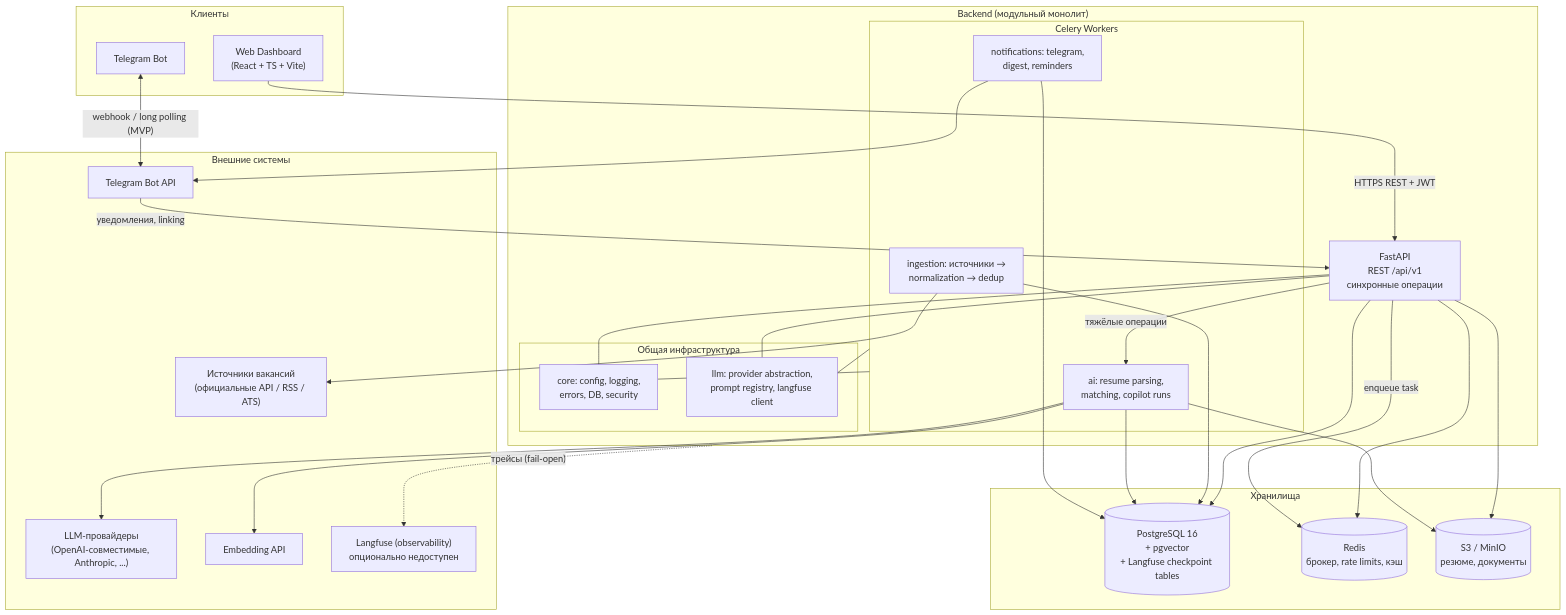
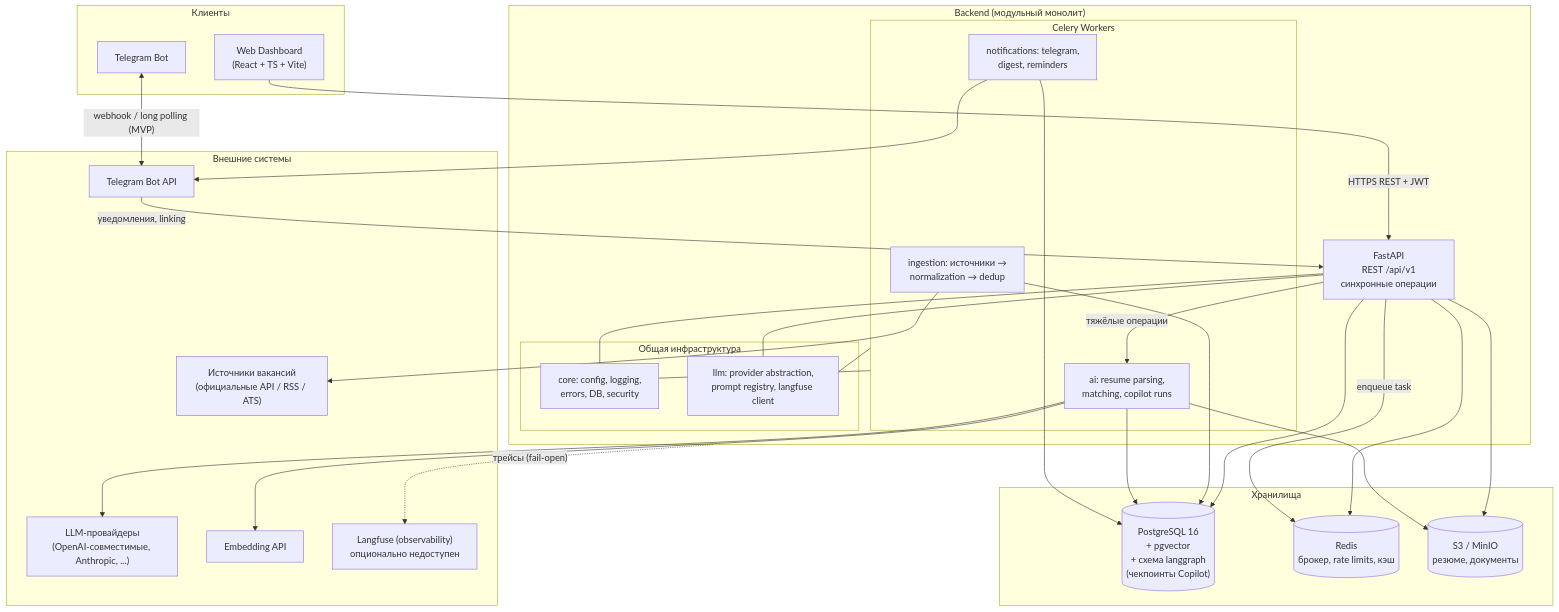
One commit to lyakoway/ai-career-pilot changed the first of 2 diagrams in docs/ARCHITECTURE.md. Above: the diagram before and after it, drawn with Mermaid. The commit also changed other lines of this file and 10 other files, not shown here.

````diff
--- a/docs/ARCHITECTURE.md
+++ b/docs/ARCHITECTURE.md
@@ -43,60 +43,60 @@
 ```mermaid
 flowchart TB
     subgraph Client["Клиенты"]
         UI["Web Dashboard<br/>(React + TS + Vite)"]
         TG["Telegram Bot"]
     end
 
     subgraph Backend["Backend (модульный монолит)"]
         API["FastAPI<br/>REST /api/v1<br/>синхронные операции"]
         subgraph Workers["Celery Workers"]
             W1["ingestion: источники →<br/>normalization → dedup"]
             W2["ai: resume parsing,<br/>matching, copilot runs"]
             W3["notifications: telegram,<br/>digest, reminders"]
         end
         subgraph Shared["Общая инфраструктура"]
             CORE["core: config, logging,<br/>errors, DB, security"]
             LLMLIB["llm: provider abstraction,<br/>prompt registry, langfuse client"]
         end
     end
 
     subgraph Data["Хранилища"]
-        PG[("PostgreSQL 16<br/>+ pgvector<br/>+ Langfuse checkpoint tables")]
+        PG[("PostgreSQL 16<br/>+ pgvector<br/>+ схема langgraph<br/>(чекпоинты Copilot)")]
         RD[("Redis<br/>брокер, rate limits, кэш")]
         S3[("S3 / MinIO<br/>резюме, документы")]
     end
 
     subgraph External["Внешние системы"]
         SRC["Источники вакансий<br/>(официальные API / RSS / ATS)"]
         LLM["LLM-провайдеры<br/>(OpenAI-совместимые, Anthropic, ...)"]
         EMB["Embedding API"]
         TGBOT["Telegram Bot API"]
         LF["Langfuse (observability)<br/>опционально недоступен"]
     end
 
     UI -->|"HTTPS REST + JWT"| API
     TG <-->|"webhook / long polling (MVP)"| TGBOT
     TGBOT -->|"уведомления, linking"| API
 
     API --> PG
     API --> RD
     API --> S3
     API -->|"enqueue task"| RD
     API -->|"тяжёлые операции"| W2
 
     W1 --> SRC
     W1 --> PG
     W2 --> PG
     W2 --> LLM
     W2 --> EMB
     W2 --> S3
     W3 --> TGBOT
     W3 --> PG
 
     Backend -.->|"трейсы (fail-open)"| LF
 
     API --- CORE
     API --- LLMLIB
     Workers --- CORE
     Workers --- LLMLIB
 ```
````
